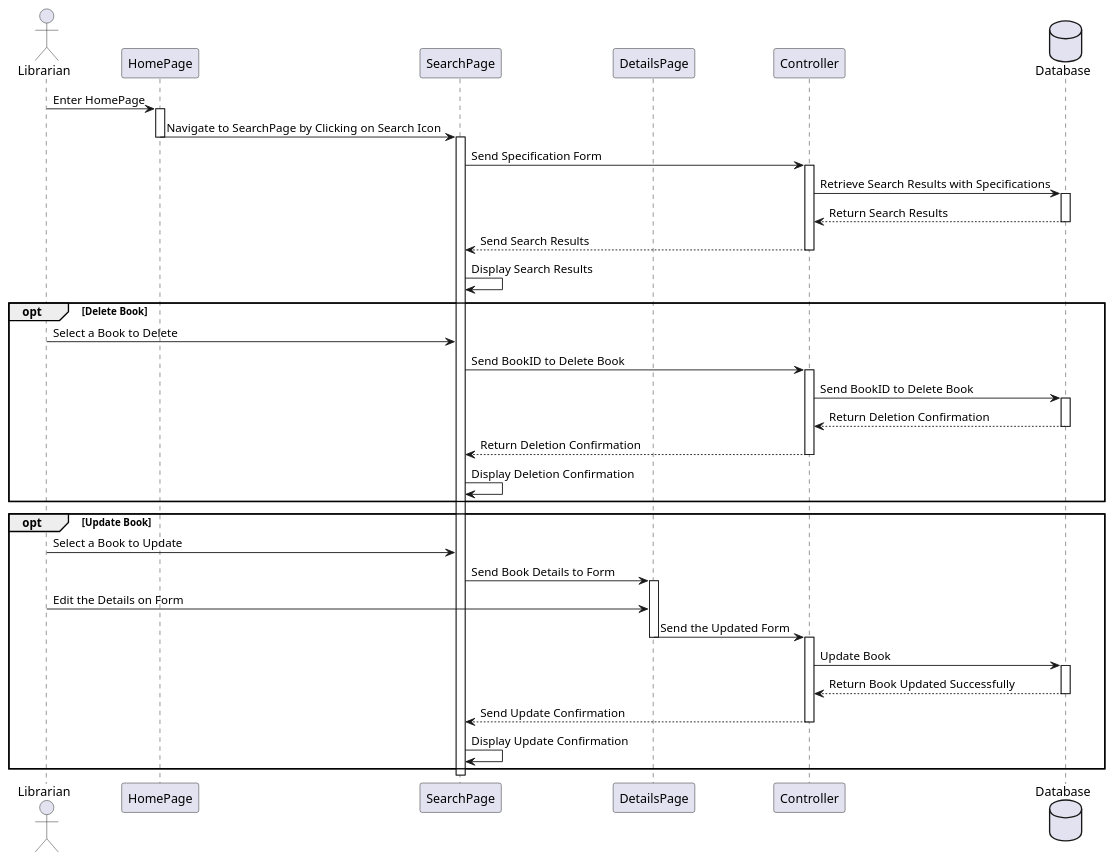
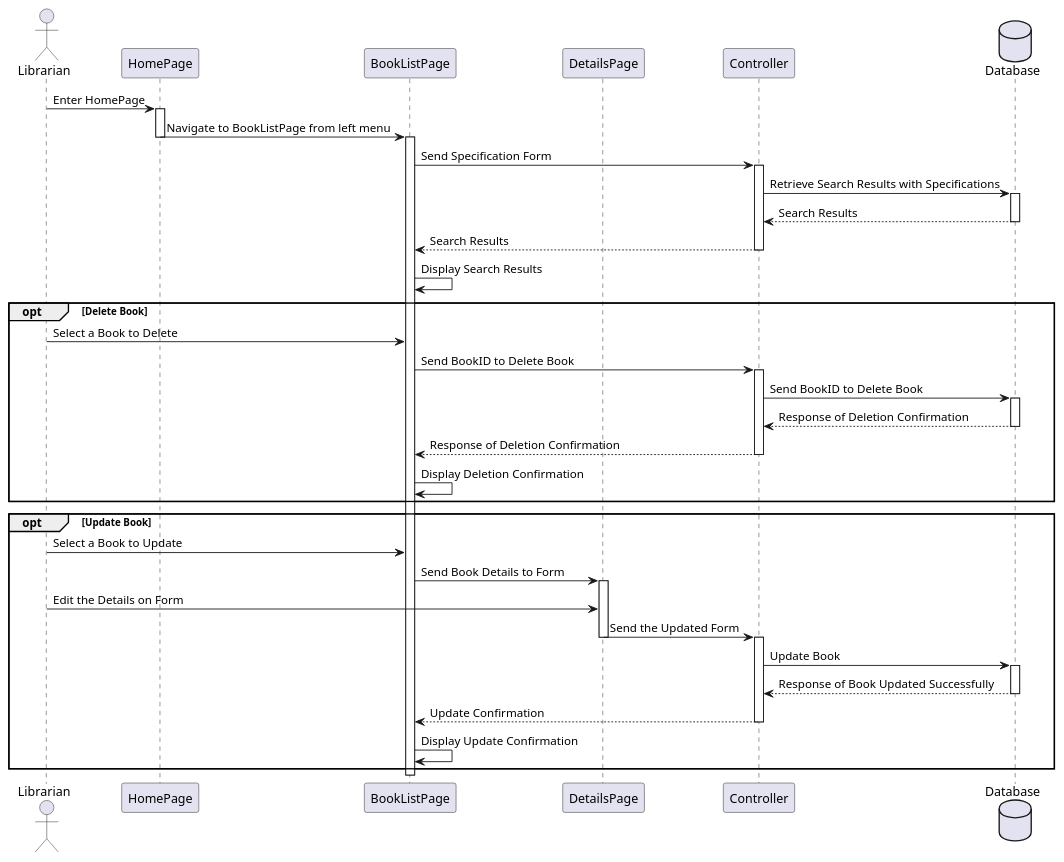
The diagram in docs/umlDiagrams/Sequence Diagrams/SearchBookForLibrarian.puml (bartucank/mlm), drawn with PlantUML before and after one commit. The commit also changed 35 other files, not shown here.

Commit message:
Room Services + UML Diagrams

```diff
--- a/docs/umlDiagrams/Sequence Diagrams/SearchBookForLibrarian.puml
+++ b/docs/umlDiagrams/Sequence Diagrams/SearchBookForLibrarian.puml
@@ -1,68 +1,68 @@
 @startuml SearchBookForLibrarian
 actor Librarian
 participant HomePage as HomePage
-participant SearchPage as SearchPage
+participant BookListPage as SearchPage
 participant DetailsPage as DetailsPage
 participant Controller as Controller
 database Database
 
 Librarian-> HomePage: Enter HomePage
 activate HomePage
 
-HomePage -> SearchPage: Navigate to SearchPage by Clicking on Search Icon
+HomePage -> SearchPage: Navigate to BookListPage from left menu
 deactivate HomePage
 activate SearchPage
 
 SearchPage -> Controller: Send Specification Form
 activate Controller
 
 Controller -> Database: Retrieve Search Results with Specifications
 activate Database
 
-Database --> Controller: Return Search Results
+Database --> Controller:  Search Results
 deactivate Database
 
-Controller --> SearchPage: Send Search Results
+Controller --> SearchPage:  Search Results
 deactivate Controller
 SearchPage -> SearchPage: Display Search Results
 
 opt Delete Book
     Librarian -> SearchPage: Select a Book to Delete
     SearchPage -> Controller: Send BookID to Delete Book
     activate Controller
 
     Controller -> Database: Send BookID to Delete Book
     activate Database
 
-    Database --> Controller: Return Deletion Confirmation
+    Database --> Controller: Response of Deletion Confirmation
     deactivate Database
 
-    Controller --> SearchPage: Return Deletion Confirmation
+    Controller --> SearchPage: Response of Deletion Confirmation
     deactivate Controller
     SearchPage -> SearchPage: Display Deletion Confirmation
 end
 
 opt Update Book
     Librarian -> SearchPage: Select a Book to Update
     
     SearchPage -> DetailsPage: Send Book Details to Form
     activate DetailsPage
     Librarian -> DetailsPage: Edit the Details on Form
     
     DetailsPage -> Controller: Send the Updated Form
     deactivate DetailsPage
     activate Controller
     
     Controller -> Database: Update Book
     activate Database
 
-    Database --> Controller: Return Book Updated Successfully
+    Database --> Controller: Response of Book Updated Successfully
     deactivate Database
 
-    Controller --> SearchPage: Send Update Confirmation
+    Controller --> SearchPage:  Update Confirmation
     deactivate Controller
     SearchPage -> SearchPage: Display Update Confirmation
 end
 
 deactivate SearchPage
 @enduml
```
